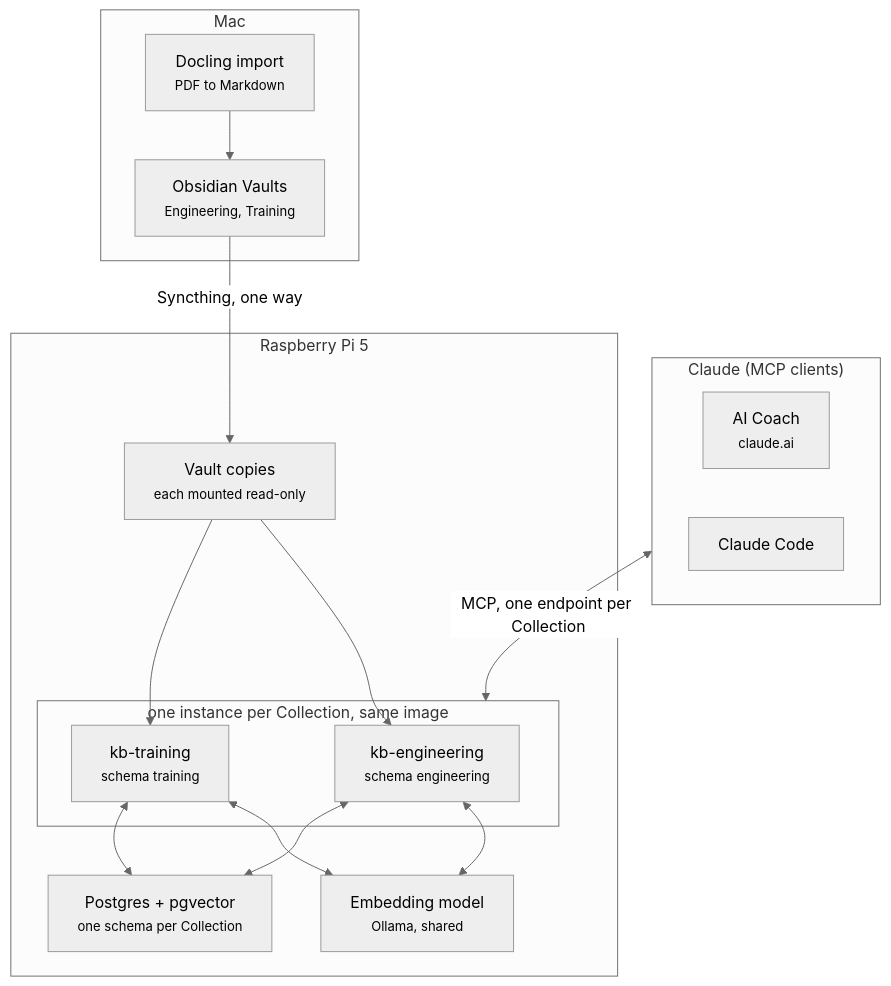
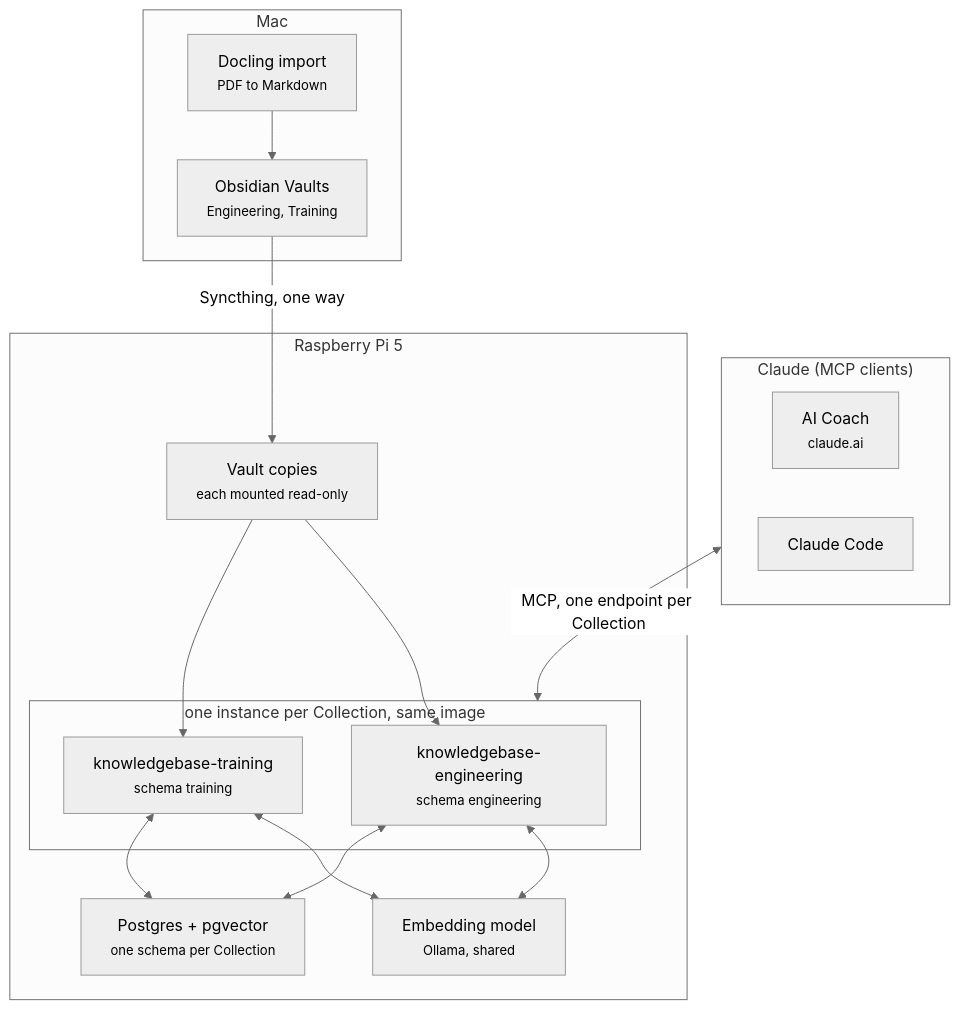
The first of 3 diagrams in docs/architecture.md (Luca-Blum/obsidian-knowledge-mcp), drawn with Mermaid (neutral theme) before and after one commit. The commit also changed other lines of this file and 2 other files, not shown here.

Commit message:
Spell out knowledgebase in the service names

````diff
--- a/docs/architecture.md
+++ b/docs/architecture.md
@@ -18,29 +18,29 @@
 ```mermaid
 flowchart TB
     subgraph Mac
         docling["Docling import<br/><small>PDF to Markdown</small>"]
         vaults["Obsidian Vaults<br/><small>Engineering, Training</small>"]
         docling --> vaults
     end
     subgraph Clients["Claude (MCP clients)"]
         coach["AI Coach<br/><small>claude.ai</small>"]
         code["Claude Code"]
     end
     subgraph Pi["Raspberry Pi 5"]
         copies["Vault copies<br/><small>each mounted read-only</small>"]
         subgraph Instances["one instance per Collection, same image"]
-            eng["kb-engineering<br/><small>schema engineering</small>"]
-            train["kb-training<br/><small>schema training</small>"]
+            eng["knowledgebase-engineering<br/><small>schema engineering</small>"]
+            train["knowledgebase-training<br/><small>schema training</small>"]
         end
         ollama["Embedding model<br/><small>Ollama, shared</small>"]
         pg["Postgres + pgvector<br/><small>one schema per Collection</small>"]
         copies --> eng
         copies --> train
         eng <--> ollama
         train <--> ollama
         eng <--> pg
         train <--> pg
     end
     vaults -- "Syncthing, one way" --> copies
     Clients <-- "MCP, one endpoint per Collection" --> Instances
 ```
````
